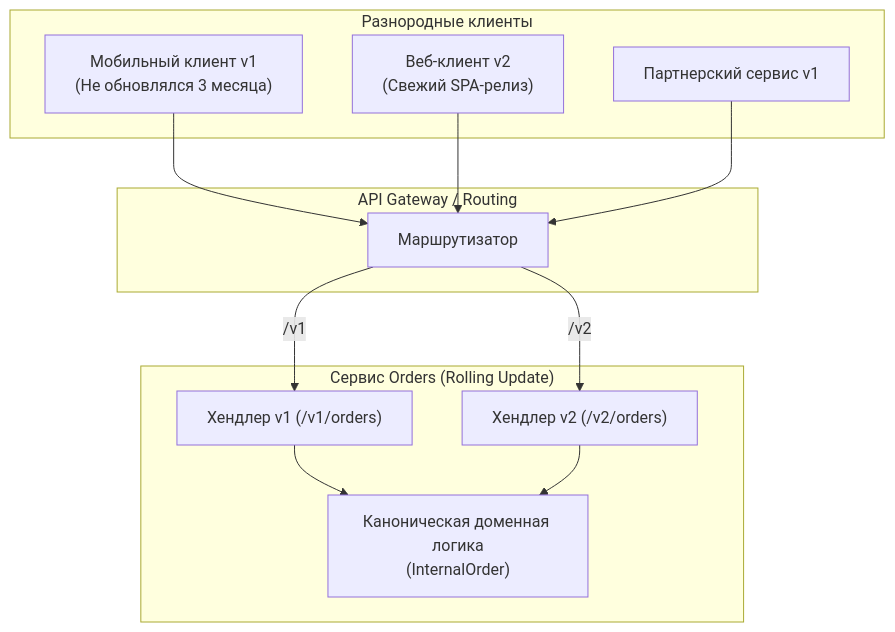
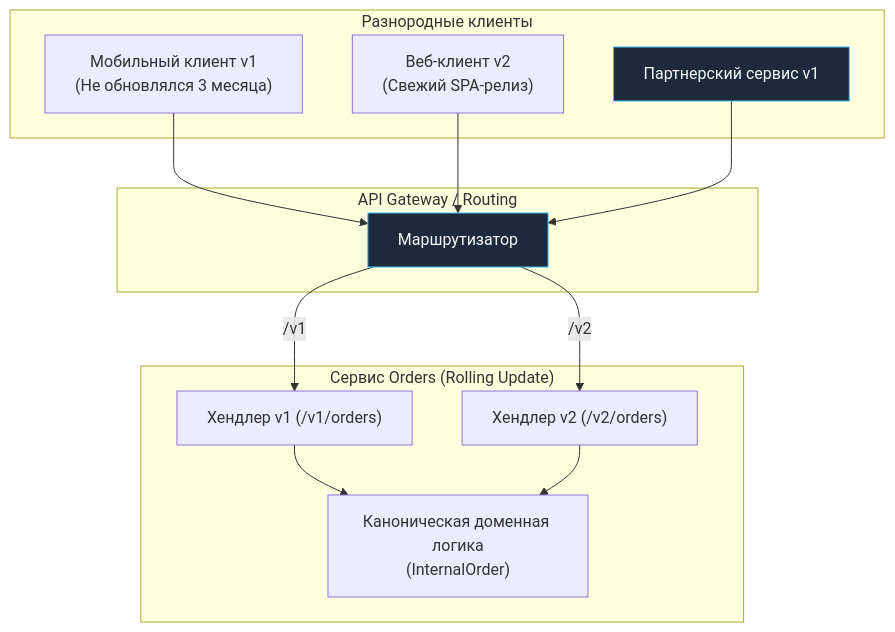
One commit to UnrealTemplier/go-textbook changed the first of 3 diagrams in sources/14. Распределенные системы на Go/04. Микросервисы/6. Versioning сервисов.md. Above: the diagram before and after it, drawn with Mermaid. The commit also changed other lines of this file and 1666 other files, not shown here.

First line of the commit message:
feat(mermaid): add semantic color classDef to 1369 colorless flowchart/graph diagrams

````diff
--- a/sources/14. Распределенные системы на Go/04. Микросервисы/6. Versioning сервисов.md
+++ b/sources/14. Распределенные системы на Go/04. Микросервисы/6. Versioning сервисов.md
@@ -7,27 +7,37 @@
 ```mermaid
 flowchart TD
+    classDef process  fill:#1e293b,stroke:#38bdf8,stroke-width:1px,color:#f8fafc
+    classDef success  fill:#064e3b,stroke:#34d399,stroke-width:1px,color:#f8fafc
+    classDef error    fill:#7f1d1d,stroke:#f87171,stroke-width:1px,color:#f8fafc
+    classDef warning  fill:#78350f,stroke:#fbbf24,stroke-width:1px,color:#f8fafc
+    classDef entry    fill:#1e3a5f,stroke:#38bdf8,stroke-width:2px,color:#f8fafc
+    classDef aux      fill:#334155,stroke:#64748b,stroke-width:1px,color:#f8fafc
+    classDef system   fill:#312e81,stroke:#a78bfa,stroke-width:1px,color:#f8fafc
+    classDef data     fill:#132d29,stroke:#2dd4bf,stroke-width:1px,color:#f8fafc
+    classDef network  fill:#881337,stroke:#fb7185,stroke-width:1px,color:#f8fafc
+    classDef accent   fill:#1e1b4b,stroke:#818cf8,stroke-width:1px,color:#f8fafc
     subgraph Clients["Разнородные клиенты"]
         MobileOld["Мобильный клиент v1<br/>(Не обновлялся 3 месяца)"]
         WebNew["Веб-клиент v2<br/>(Свежий SPA-релиз)"]
-        Partner["Партнерский сервис v1"]
+        Partner["Партнерский сервис v1"]:::process
     end
 
     subgraph Gateway["API Gateway / Routing"]
-        Route["Маршрутизатор"]
+        Route["Маршрутизатор"]:::process
     end
 
     subgraph ServicePod["Сервис Orders (Rolling Update)"]
         H1["Хендлер v1 (/v1/orders)"]
         H2["Хендлер v2 (/v2/orders)"]
         Domain["Каноническая доменная логика<br/>(InternalOrder)"]
     end
 
     MobileOld --> Route
     WebNew --> Route
     Partner --> Route
 
     Route -->|"/v1"| H1
     Route -->|"/v2"| H2
     H1 --> Domain
     H2 --> Domain
 ```
````
